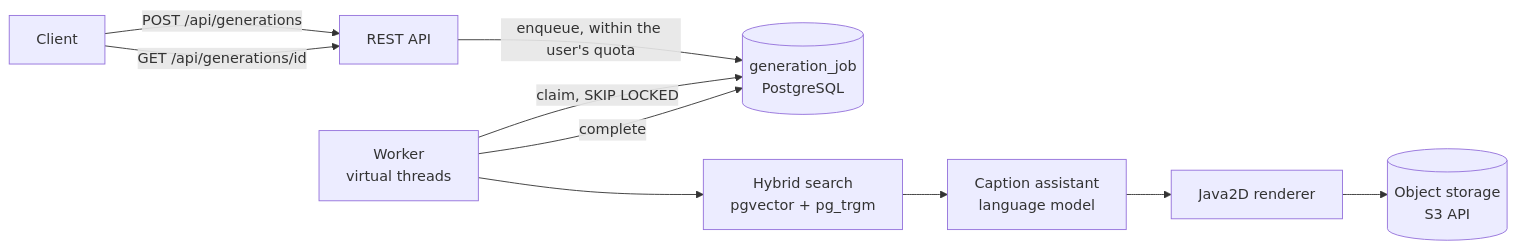
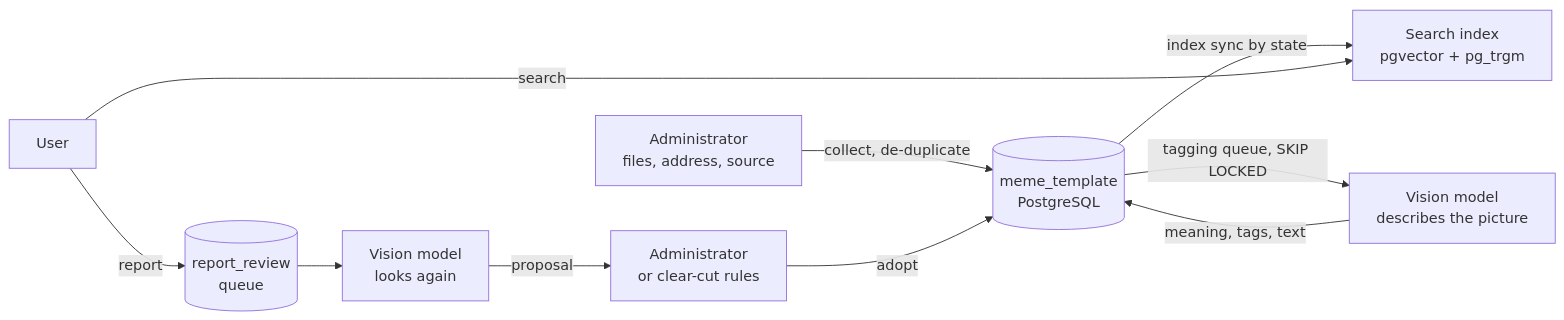
Before and after one commit to chun-wei0413/WTM: the first of 2 diagrams in docs/technical.md, drawn with Mermaid. The commit also changed other lines of this file and 61 other files, not shown here.

Commit message:
[Refactoring & Documentation] Remove the server-side caption generation feature and update the documentation

````diff
--- a/docs/technical.md
+++ b/docs/technical.md
@@ -50,12 +32,12 @@
 ```mermaid
 flowchart LR
-    C[Client] -->|POST /api/generations| API[REST API]
-    API -->|enqueue, within the user's quota| Q[(generation_job<br/>PostgreSQL)]
-    W[Worker<br/>virtual threads] -->|claim, SKIP LOCKED| Q
-    W --> S[Hybrid search<br/>pgvector + pg_trgm]
-    S --> A[Caption assistant<br/>language model]
-    A --> R[Java2D renderer]
-    R --> O[(Object storage<br/>S3 API)]
-    W -->|complete| Q
-    C -->|GET /api/generations/id| API
+    A[Administrator<br/>files, address, source] -->|collect, de-duplicate| L[(meme_template<br/>PostgreSQL)]
+    L -->|tagging queue, SKIP LOCKED| V[Vision model<br/>describes the picture]
+    V -->|meaning, tags, text| L
+    L -->|index sync by state| S[Search index<br/>pgvector + pg_trgm]
+    U[User] -->|search| S
+    U -->|report| R[(report_review<br/>queue)]
+    R --> V2[Vision model<br/>looks again]
+    V2 -->|proposal| AD[Administrator<br/>or clear-cut rules]
+    AD -->|adopt| L
 ```
````
